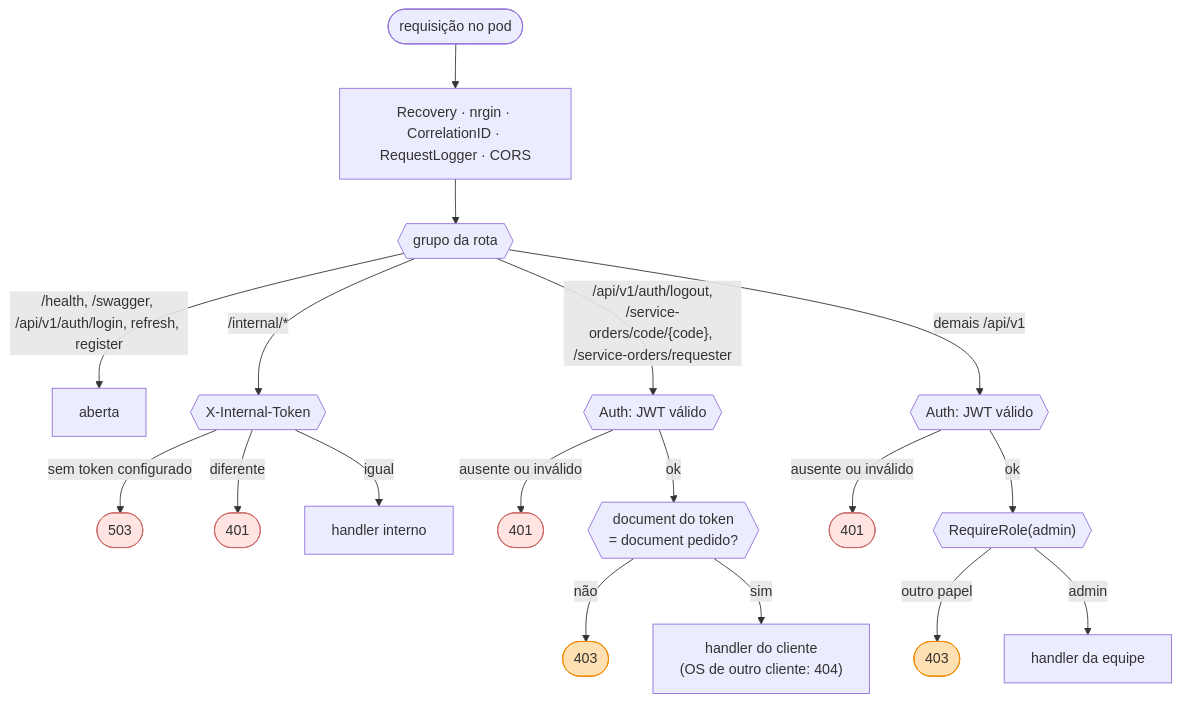
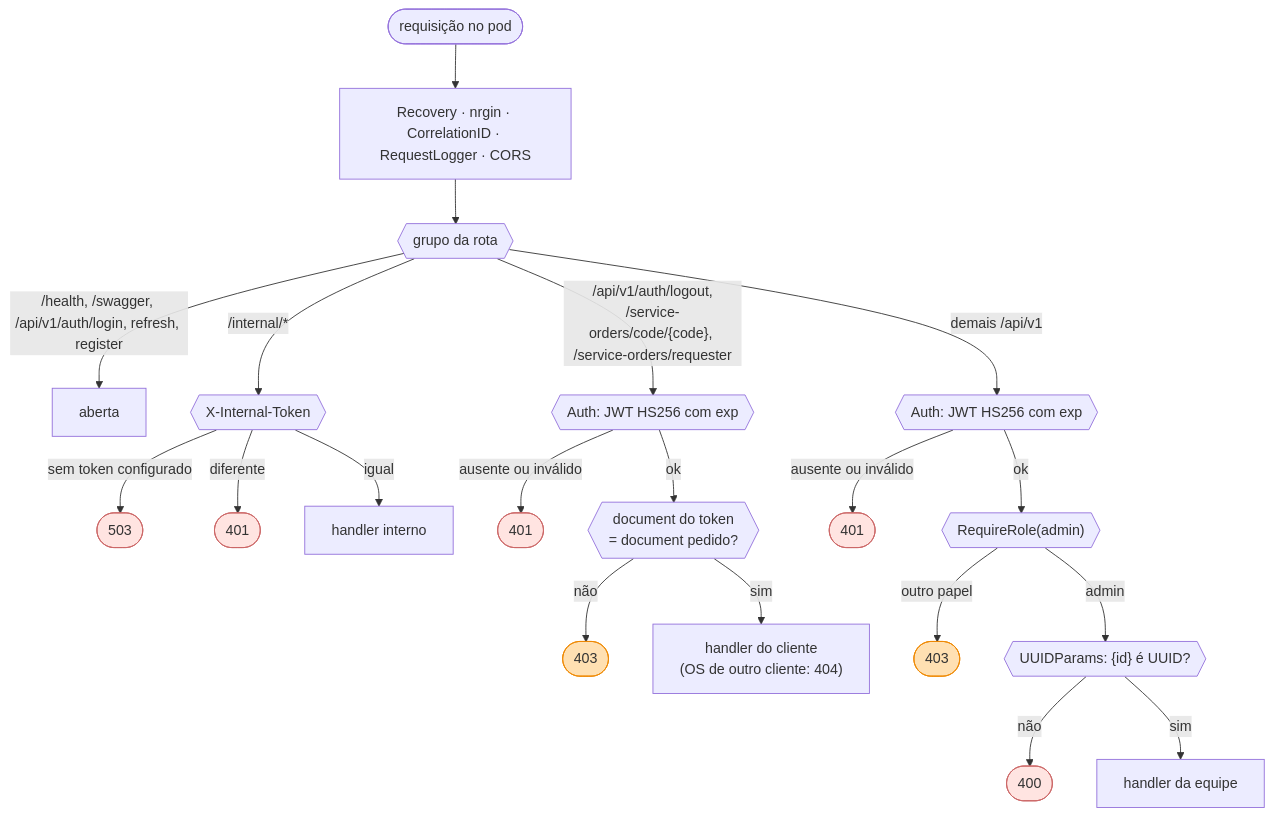
Before and after one commit to Kc1t/postech-tc4-os-service: the second of 3 diagrams in docs/diagrams/roteamento.md, drawn with Mermaid. The commit also changed other lines of this file and 5 other files, not shown here.

Commit message:
docs: validação de entrada, JWT só HS256 com exp e kubeconform no CI

````diff
--- a/docs/diagrams/roteamento.md
+++ b/docs/diagrams/roteamento.md
@@ -55,31 +55,34 @@
 ```mermaid
 flowchart TD
     pod(["requisição no pod"]) --> base["Recovery · nrgin · CorrelationID · RequestLogger · CORS"]
     base --> grp{{"grupo da rota"}}
 
     grp -->|"/health, /swagger, /api/v1/auth/login, refresh, register"| open["aberta"]
     grp -->|"/internal/*"| tok{{"X-Internal-Token"}}
-    grp -->|"/api/v1/auth/logout,<br/>/service-orders/code/{code}, /service-orders/requester"| auth1{{"Auth: JWT válido"}}
-    grp -->|"demais /api/v1"| auth2{{"Auth: JWT válido"}}
+    grp -->|"/api/v1/auth/logout,<br/>/service-orders/code/{code}, /service-orders/requester"| auth1{{"Auth: JWT HS256 com exp"}}
+    grp -->|"demais /api/v1"| auth2{{"Auth: JWT HS256 com exp"}}
 
     tok -->|"sem token configurado"| r503(["503"])
     tok -->|"diferente"| r401a(["401"])
     tok -->|"igual"| hint["handler interno"]
 
     auth1 -->|"ausente ou inválido"| r401b(["401"])
     auth1 -->|"ok"| posse{{"document do token<br/>= document pedido?"}}
     posse -->|"não"| r403a(["403"])
     posse -->|"sim"| hcli["handler do cliente<br/>(OS de outro cliente: 404)"]
 
     auth2 -->|"ausente ou inválido"| r401c(["401"])
     auth2 -->|"ok"| role{{"RequireRole(admin)"}}
     role -->|"outro papel"| r403b(["403"])
-    role -->|"admin"| hadm["handler da equipe"]
+    role -->|"admin"| uuid{{"UUIDParams: {id} é UUID?"}}
+    uuid -->|"não"| r400(["400"])
+    uuid -->|"sim"| hadm["handler da equipe"]
 
     style r401a fill:#ffe4e1,stroke:#c66
     style r401b fill:#ffe4e1,stroke:#c66
     style r401c fill:#ffe4e1,stroke:#c66
     style r403a fill:#ffe0b2,stroke:#e80
     style r403b fill:#ffe0b2,stroke:#e80
     style r503 fill:#ffe4e1,stroke:#c66
+    style r400 fill:#ffe4e1,stroke:#c66
 ```
````
